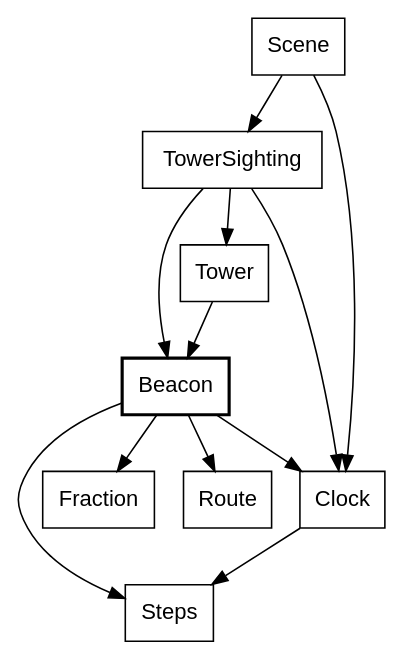
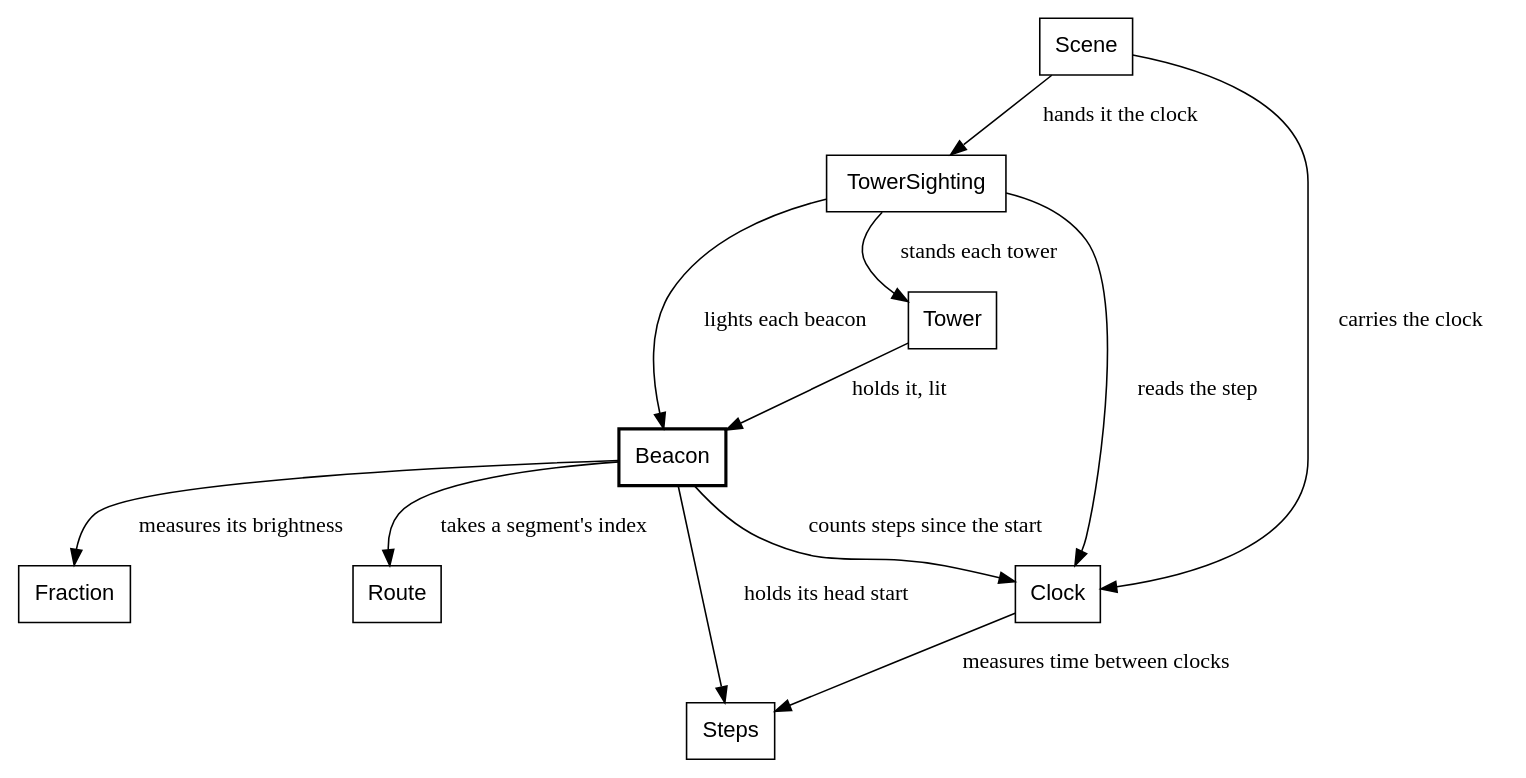
One commit to showell/roc-apps changed diagram 13 of 30 in canvas_apps/safari/tutorial/tutorial.md. Above: the diagram before and after it, drawn with Graphviz. The commit also changed other lines of this file, not shown here.

````diff
--- a/canvas_apps/safari/tutorial/tutorial.md
+++ b/canvas_apps/safari/tutorial/tutorial.md
@@ -1394,17 +1393,17 @@
 ```dot
 digraph beacon {
   node [shape=box, fontname="Helvetica"];
   Beacon [style=bold];
-  Scene -> TowerSighting;
-  Scene -> Clock;
-  TowerSighting -> Beacon;
-  TowerSighting -> Tower;
-  TowerSighting -> Clock;
-  Beacon -> Clock;
-  Beacon -> Steps;
-  Beacon -> Fraction;
-  Beacon -> Route;
-  Clock -> Steps;
-  Tower -> Beacon;
+  Scene -> TowerSighting [label="  hands it the clock"];
+  Scene -> Clock [label="  carries the clock"];
+  TowerSighting -> Beacon [label="  lights each beacon"];
+  TowerSighting -> Tower [label="  stands each tower"];
+  TowerSighting -> Clock [label="  reads the step"];
+  Beacon -> Clock [label="  counts steps since the start"];
+  Beacon -> Steps [label="  holds its head start"];
+  Beacon -> Fraction [label="  measures its brightness"];
+  Beacon -> Route [label="  takes a segment's index"];
+  Clock -> Steps [label="  measures time between clocks"];
+  Tower -> Beacon [label="  holds it, lit"];
 }
 ```
````
